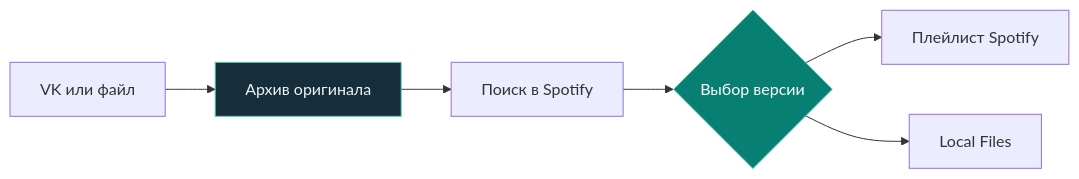
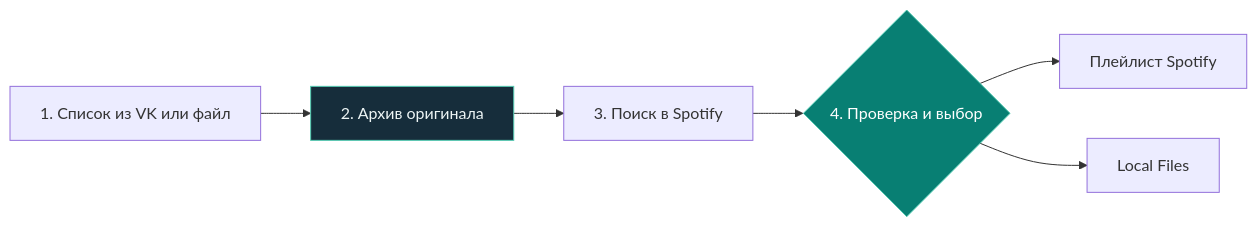
The diagram in README.md (Matvey77/VKSpot), drawn with Mermaid before and after one commit. The commit also changed other lines of this file and 2 other files, not shown here.

````diff
--- a/README.md
+++ b/README.md
@@ -57,11 +112,11 @@
 ```mermaid
 flowchart LR
-    A["VK или файл"] --> B["Архив оригинала"]
-    B --> C["Поиск в Spotify"]
-    C --> D{"Выбор версии"}
+    A["1. Список из VK или файл"] --> B["2. Архив оригинала"]
+    B --> C["3. Поиск в Spotify"]
+    C --> D{"4. Проверка и выбор"}
     D --> E["Плейлист Spotify"]
     D --> F["Local Files"]
 
     style B fill:#162d3b,stroke:#54cbb2,color:#edf5f5
     style D fill:#087f73,stroke:#54cbb2,color:#ffffff
 ```
````
